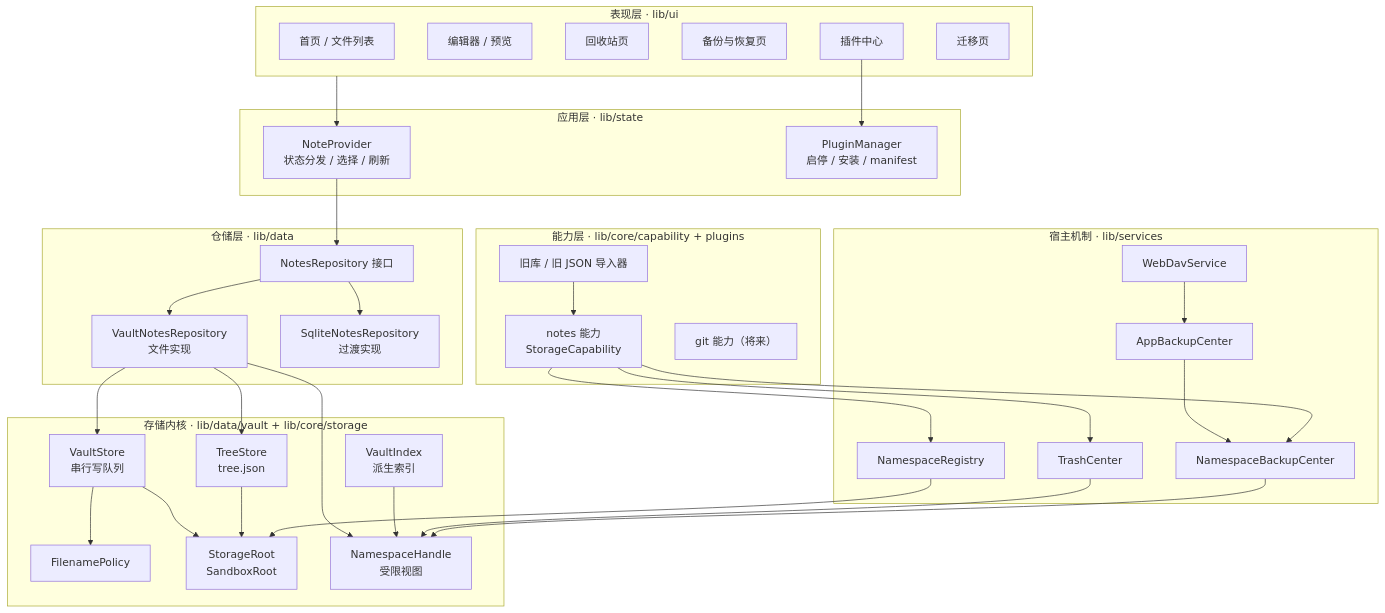
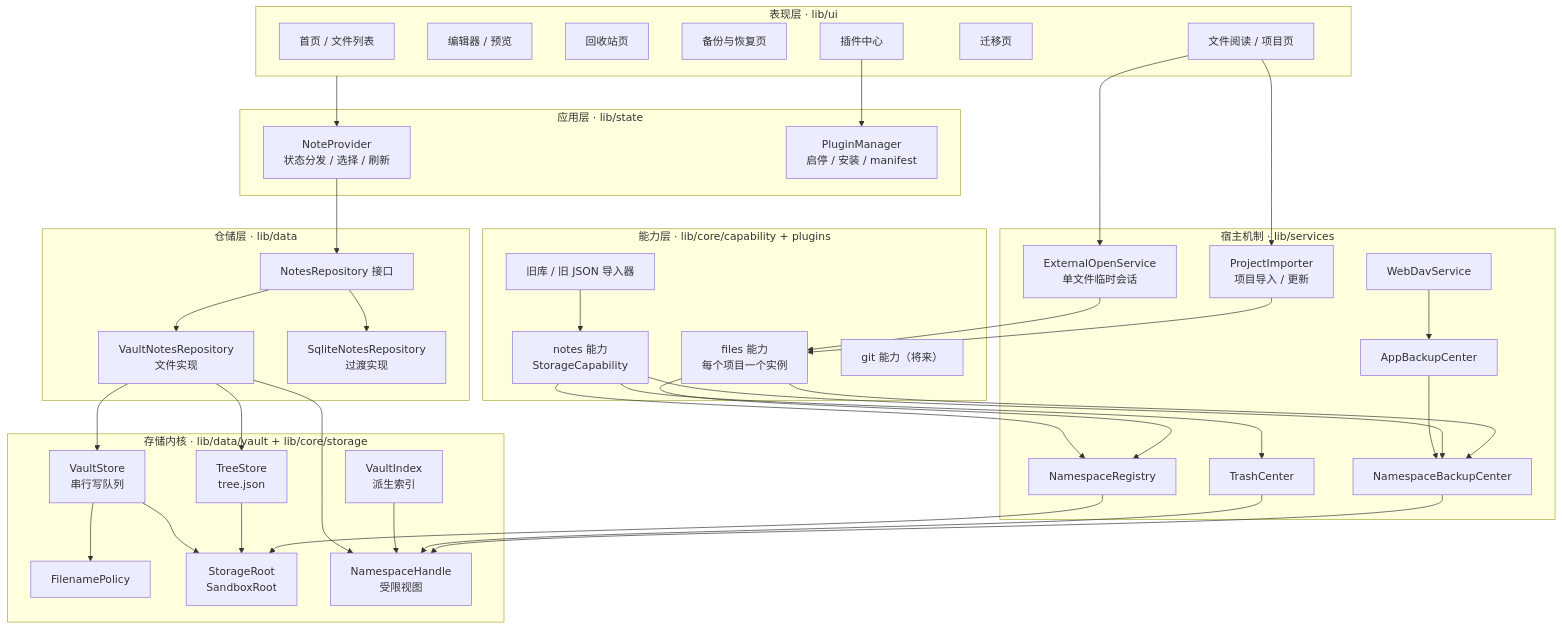
One commit to JcEvoX/S13F4J changed the first of 11 diagrams in docs/architecture.md. Above: the diagram before and after it, drawn with Mermaid. The commit also changed other lines of this file and 5 other files, not shown here.

````diff
--- a/docs/architecture.md
+++ b/docs/architecture.md
@@ -29,67 +29,77 @@
 ```mermaid
 flowchart TB
     subgraph UI["表现层 · lib/ui"]
         Home["首页 / 文件列表"]
         Editor["编辑器 / 预览"]
         TrashUI["回收站页"]
         BackupUI["备份与恢复页"]
         PluginUI["插件中心"]
         MigrationUI["迁移页"]
+        FileUI["文件阅读 / 项目页"]
     end
 
     subgraph APP["应用层 · lib/state"]
         Provider["NoteProvider<br/>状态分发 / 选择 / 刷新"]
         PluginMgr["PluginManager<br/>启停 / 安装 / manifest"]
     end
 
     subgraph REPO["仓储层 · lib/data"]
         Repo["NotesRepository 接口"]
         VaultRepo["VaultNotesRepository<br/>文件实现"]
         SqliteRepo["SqliteNotesRepository<br/>过渡实现"]
     end
 
     subgraph CORE["存储内核 · lib/data/vault + lib/core/storage"]
         VaultStore["VaultStore<br/>串行写队列"]
         TreeStore["TreeStore<br/>tree.json"]
         Filename["FilenamePolicy"]
         Index["VaultIndex<br/>派生索引"]
         Root["StorageRoot<br/>SandboxRoot"]
         Handle["NamespaceHandle<br/>受限视图"]
     end
 
     subgraph HOST["宿主机制 · lib/services"]
         Registry["NamespaceRegistry"]
         TrashCenter["TrashCenter"]
         NsBackup["NamespaceBackupCenter"]
         AppBackup["AppBackupCenter"]
         WebDAV["WebDavService"]
+        ExternalOpen["ExternalOpenService<br/>单文件临时会话"]
+        ProjectSvc["ProjectImporter<br/>项目导入 / 更新"]
     end
 
     subgraph CAP["能力层 · lib/core/capability + plugins"]
         NotesCap["notes 能力<br/>StorageCapability"]
+        FilesCap["files 能力<br/>每个项目一个实例"]
         Legacy["旧库 / 旧 JSON 导入器"]
         Git["git 能力（将来）"]
     end
 
     UI --> Provider
     PluginUI --> PluginMgr
     Provider --> Repo
     Repo --> VaultRepo
     Repo --> SqliteRepo
     VaultRepo --> VaultStore
     VaultRepo --> TreeStore
     VaultStore --> Root
     VaultStore --> Filename
     TreeStore --> Root
     VaultRepo --> Handle
     Index --> Handle
     TrashCenter --> Handle
     NsBackup --> Handle
     AppBackup --> NsBackup
     Registry --> Root
     NotesCap --> Registry
     NotesCap --> TrashCenter
     NotesCap --> NsBackup
     Legacy --> NotesCap
     WebDAV --> AppBackup
+    FileUI --> ExternalOpen
+    FileUI --> ProjectSvc
+    ExternalOpen --> FilesCap
+    ProjectSvc --> FilesCap
+    FilesCap --> Registry
+    FilesCap --> NsBackup
 ```
````
